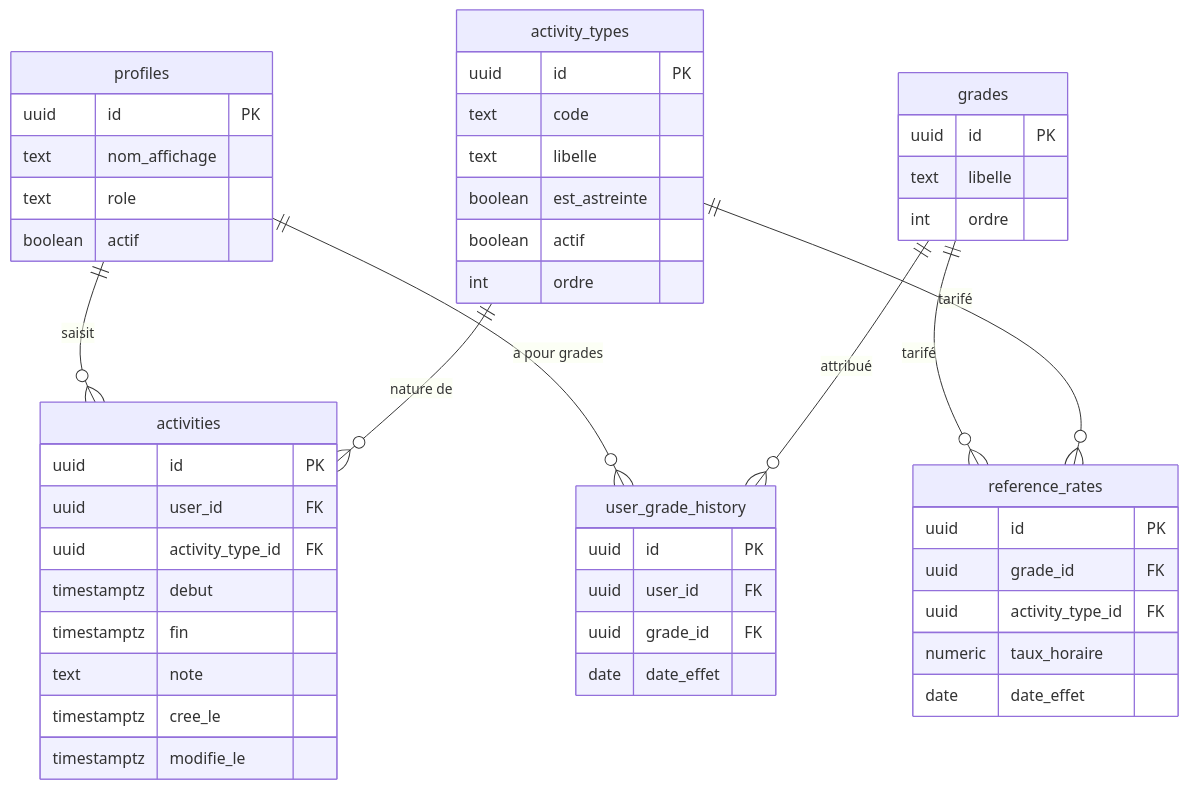
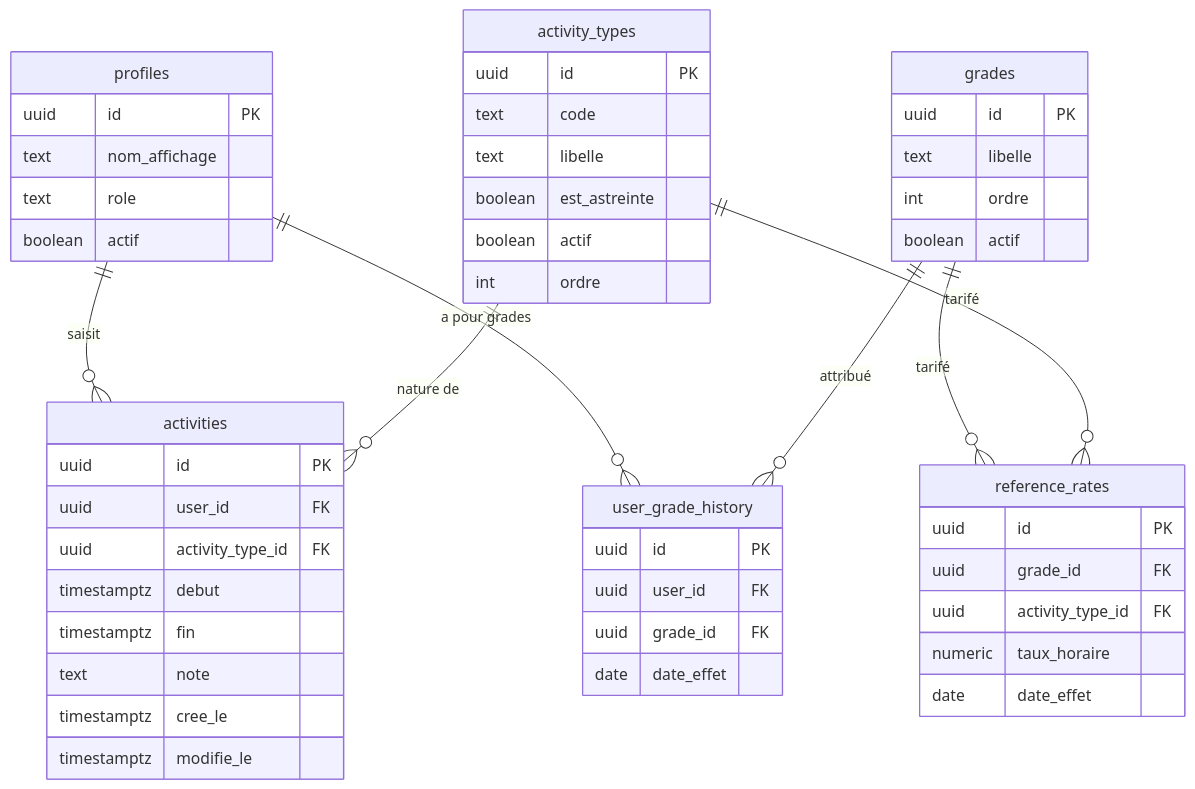
One commit to thomaDrapier/pompier changed the fifth of 6 diagrams in docs/cahier_des_charges.md. Above: the diagram before and after it, drawn with Mermaid. The commit also changed other lines of this file and 2 other files, not shown here.

````diff
--- a/docs/cahier_des_charges.md
+++ b/docs/cahier_des_charges.md
@@ -320,52 +321,53 @@
 ```mermaid
 erDiagram
     profiles ||--o{ activities : "saisit"
     profiles ||--o{ user_grade_history : "a pour grades"
     grades ||--o{ user_grade_history : "attribué"
     grades ||--o{ reference_rates : "tarifé"
     activity_types ||--o{ reference_rates : "tarifé"
     activity_types ||--o{ activities : "nature de"
 
     profiles {
         uuid id PK
         text nom_affichage
         text role
         boolean actif
     }
     activities {
         uuid id PK
         uuid user_id FK
         uuid activity_type_id FK
         timestamptz debut
         timestamptz fin
         text note
         timestamptz cree_le
         timestamptz modifie_le
     }
     activity_types {
         uuid id PK
         text code
         text libelle
         boolean est_astreinte
         boolean actif
         int ordre
     }
     user_grade_history {
         uuid id PK
         uuid user_id FK
         uuid grade_id FK
         date date_effet
     }
     grades {
         uuid id PK
         text libelle
         int ordre
+        boolean actif
     }
     reference_rates {
         uuid id PK
         uuid grade_id FK
         uuid activity_type_id FK
         numeric taux_horaire
         date date_effet
     }
 ```
````
